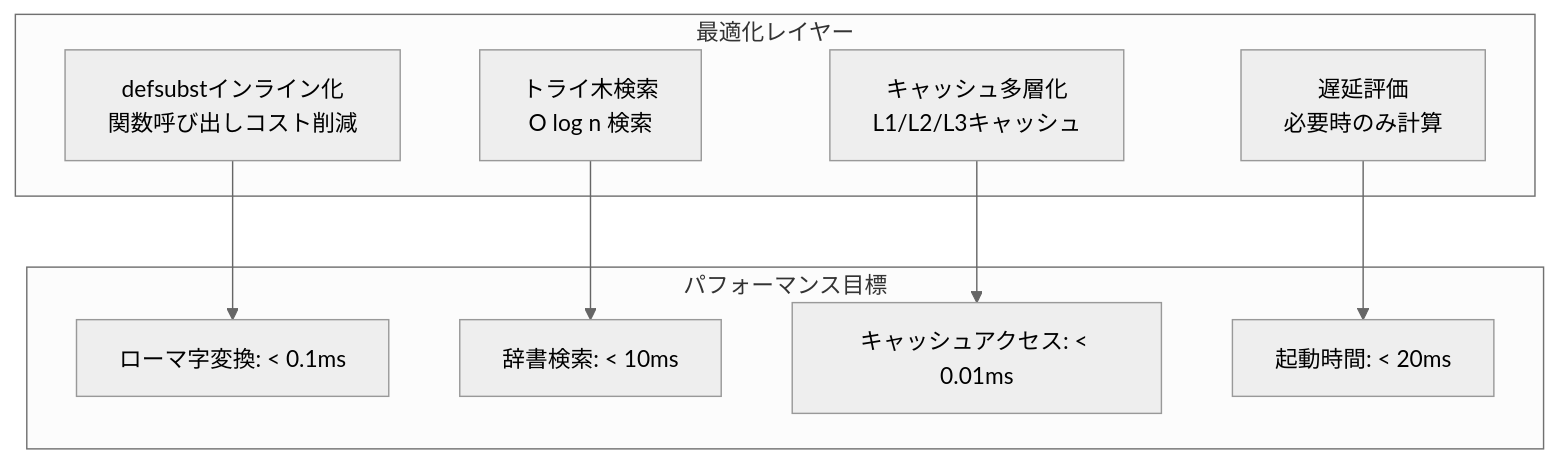
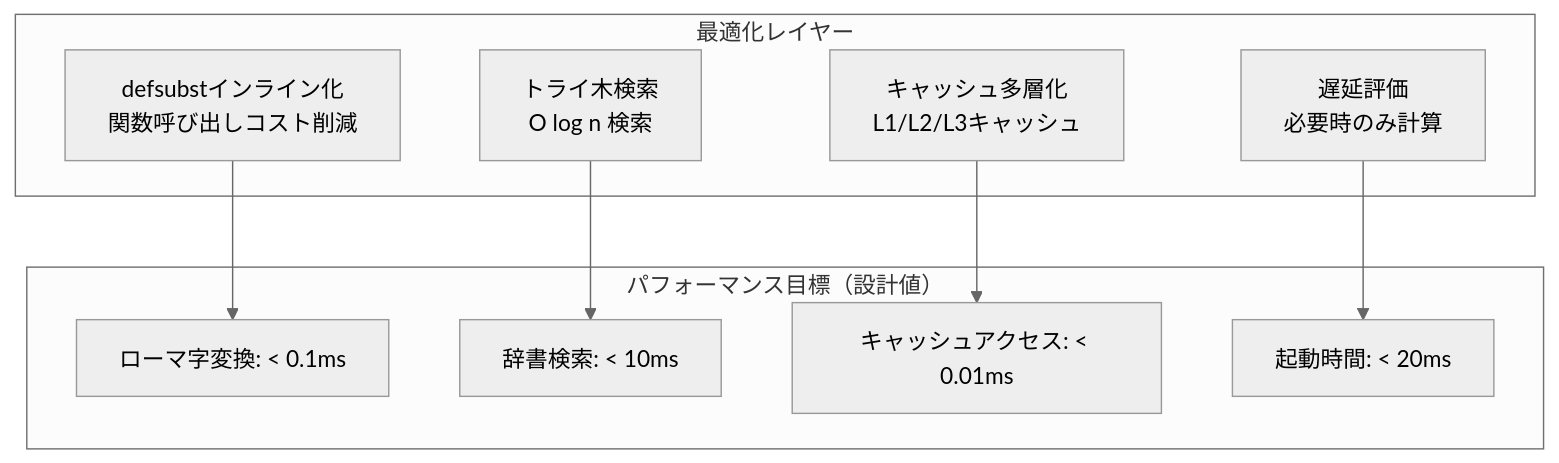
Before and after one commit to takeokunn/nskk.el: the seventh of 10 diagrams in docs/explanation/architecture-v0.1.md, drawn with Mermaid (neutral theme). The commit also changed other lines of this file and 300 other files, not shown here.

````diff
--- a/docs/explanation/architecture-v0.1.md
+++ b/docs/explanation/architecture-v0.1.md
@@ -624,21 +624,21 @@
 ```mermaid
 graph TD
     subgraph "最適化レイヤー"
         OPT1[defsubstインライン化<br/>関数呼び出しコスト削減]
         OPT2[キャッシュ多層化<br/>L1/L2/L3キャッシュ]
         OPT3[トライ木検索<br/>O log n 検索]
         OPT4[遅延評価<br/>必要時のみ計算]
     end
 
-    subgraph "パフォーマンス目標"
+    subgraph "パフォーマンス目標（設計値）"
         PERF1[ローマ字変換: < 0.1ms]
         PERF2[辞書検索: < 10ms]
         PERF3[キャッシュアクセス: < 0.01ms]
         PERF4[起動時間: < 20ms]
     end
 
     OPT1 --> PERF1
     OPT2 --> PERF3
     OPT3 --> PERF2
     OPT4 --> PERF4
 ```
````
